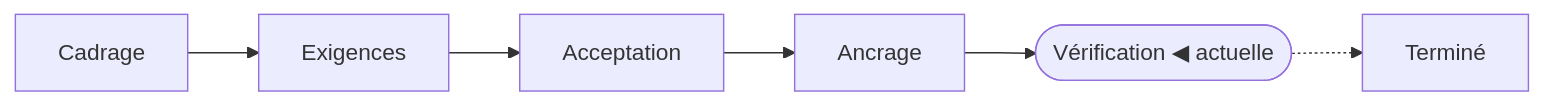
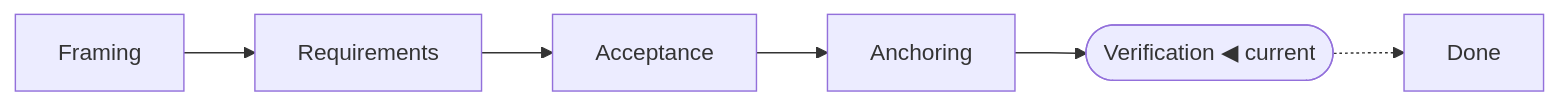
The diagram in spec/FEAT-001-maket-http-connector/rendered/index.md (ng-galien/spec-loop), drawn with Mermaid before and after one commit. The commit also changed other lines of this file and 54 other files, not shown here.

First line of the commit message:
Everything in English: templates, labels, file names, schema, method, FEAT-001

````diff
--- a/spec/FEAT-001-maket-http-connector/rendered/index.md
+++ b/spec/FEAT-001-maket-http-connector/rendered/index.md
@@ -18,14 +18,14 @@
 ```mermaid
 flowchart LR
-  framing["Cadrage"]
-  requirements["Exigences"]
-  acceptance["Acceptation"]
-  anchoring["Ancrage"]
-  verification(["Vérification ◀ actuelle"])
-  done["Terminé"]
+  framing["Framing"]
+  requirements["Requirements"]
+  acceptance["Acceptance"]
+  anchoring["Anchoring"]
+  verification(["Verification ◀ current"])
+  done["Done"]
   framing --> requirements
   requirements --> acceptance
   acceptance --> anchoring
   anchoring --> verification
   verification -.-> done
 ```
````
